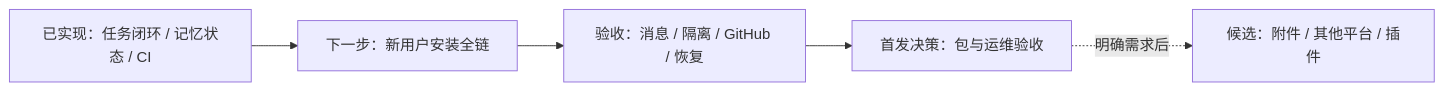
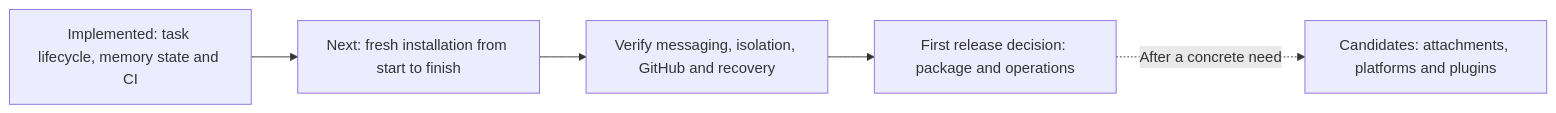
One commit to dofy/namo changed the diagram in docs/development-plan.md. Above: the diagram before and after it, drawn with Mermaid. The commit also changed other lines of this file and 10 other files, not shown here.

````diff
--- a/docs/development-plan.md
+++ b/docs/development-plan.md
@@ -5,7 +5,7 @@
 ```mermaid
 flowchart LR
-  A[已实现：任务闭环 / 记忆状态 / CI] --> B[下一步：新用户安装全链]
-  B --> C[验收：消息 / 隔离 / GitHub / 恢复]
-  C --> D[首发决策：包与运维验收]
-  D -.明确需求后.-> E[候选：附件 / 其他平台 / 插件]
+  A[Implemented: task lifecycle, memory state and CI] --> B[Next: fresh installation from start to finish]
+  B --> C[Verify messaging, isolation, GitHub and recovery]
+  C --> D[First release decision: package and operations]
+  D -.After a concrete need.-> E[Candidates: attachments, platforms and plugins]
 ```
````
